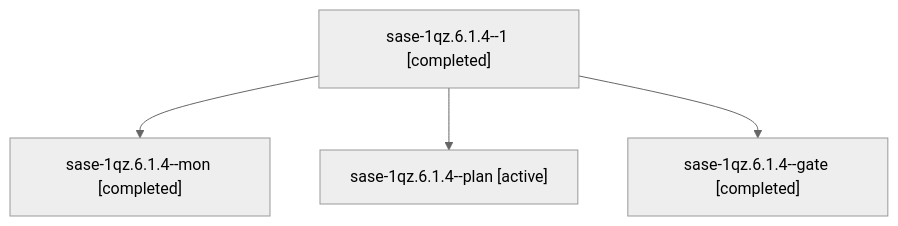
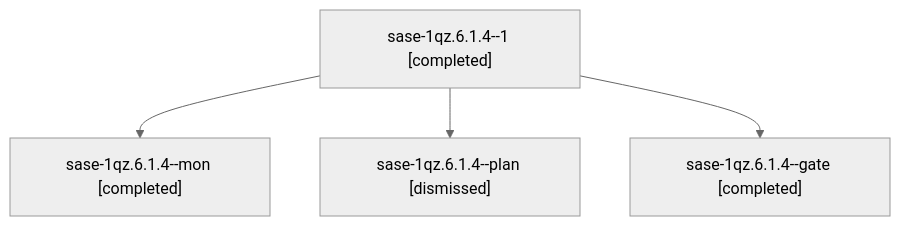
The diagram in sessions/bbugyi200.athena.sase-1qz.6.1.4.md (sase-org/sase--agents), drawn with Mermaid (neutral theme) before and after one commit. The commit also changed other lines of this file and 82 other files, not shown here.

````diff
--- a/sessions/bbugyi200.athena.sase-1qz.6.1.4.md
+++ b/sessions/bbugyi200.athena.sase-1qz.6.1.4.md
@@ -9,10 +9,10 @@
 ```mermaid
 flowchart TD
   n0["sase-1qz.6.1.4--1 [completed]"]
   n1["sase-1qz.6.1.4--mon [completed]"]
   n0 --> n1
-  n2["sase-1qz.6.1.4--plan [active]"]
+  n2["sase-1qz.6.1.4--plan [dismissed]"]
   n0 --> n2
   n3["sase-1qz.6.1.4--gate [completed]"]
   n0 --> n3
 ```
````
